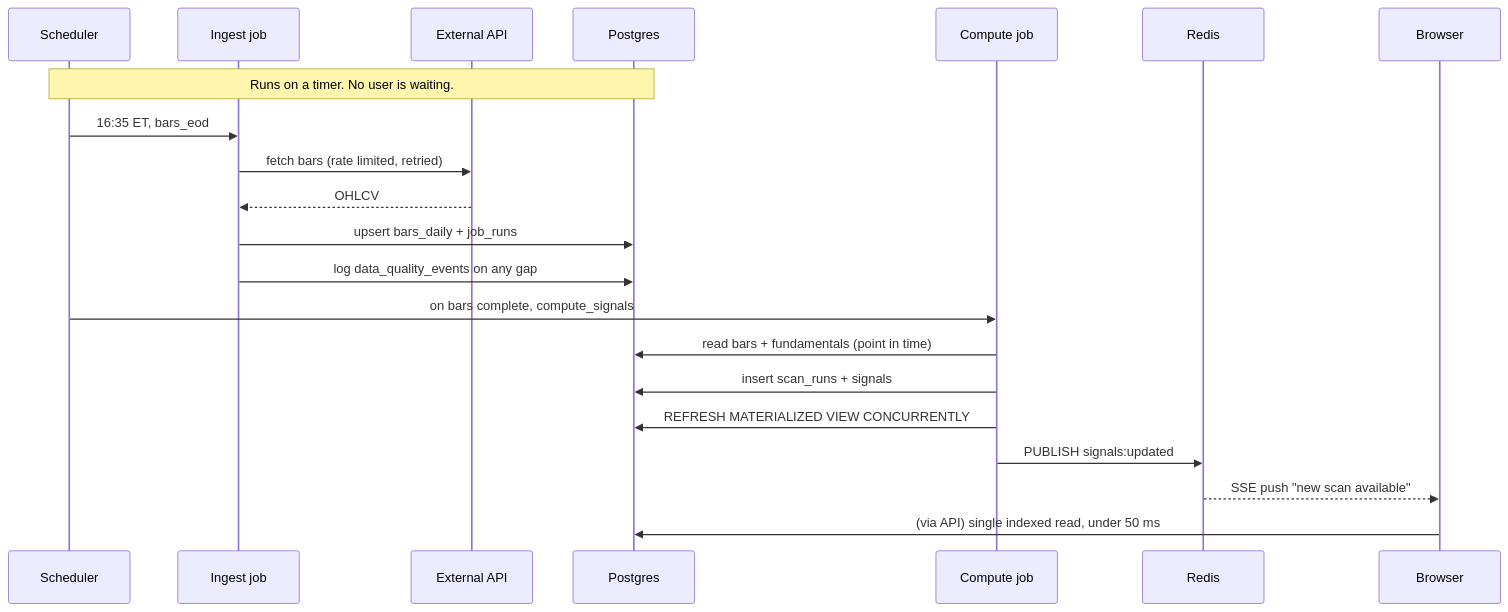
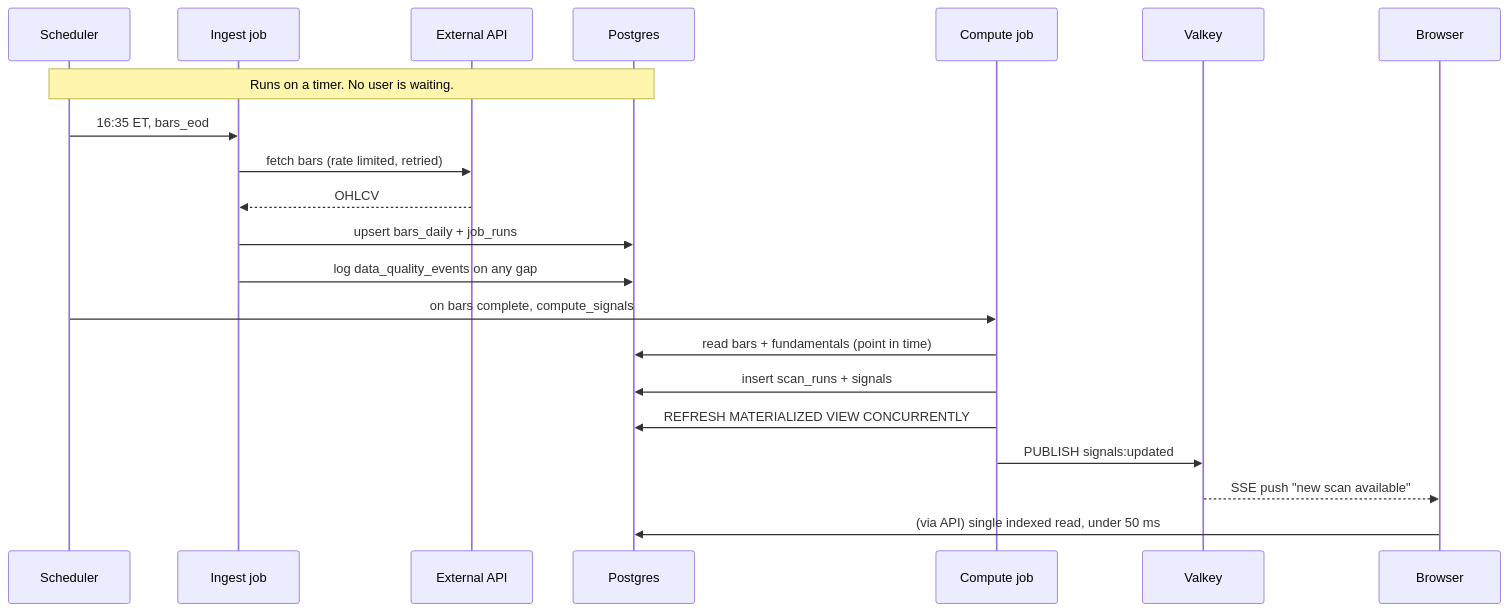
Before and after one commit to hasroonpervez/cashflow-trader: the third of 5 diagrams in ARCHITECTURE.md, drawn with Mermaid. The commit also changed other lines of this file and 1 other file, not shown here.

````diff
--- a/ARCHITECTURE.md
+++ b/ARCHITECTURE.md
@@ -599,24 +673,24 @@
 ```mermaid
 sequenceDiagram
     participant S as Scheduler
     participant I as Ingest job
     participant X as External API
     participant P as Postgres
     participant C as Compute job
-    participant R as Redis
+    participant R as Valkey
     participant U as Browser
 
     Note over S,P: Runs on a timer. No user is waiting.
     S->>I: 16:35 ET, bars_eod
     I->>X: fetch bars (rate limited, retried)
     X-->>I: OHLCV
     I->>P: upsert bars_daily + job_runs
     I->>P: log data_quality_events on any gap
     S->>C: on bars complete, compute_signals
     C->>P: read bars + fundamentals (point in time)
     C->>P: insert scan_runs + signals
     C->>P: REFRESH MATERIALIZED VIEW CONCURRENTLY
     C->>R: PUBLISH signals:updated
     R-->>U: SSE push "new scan available"
     U->>P: (via API) single indexed read, under 50 ms
 ```
````
